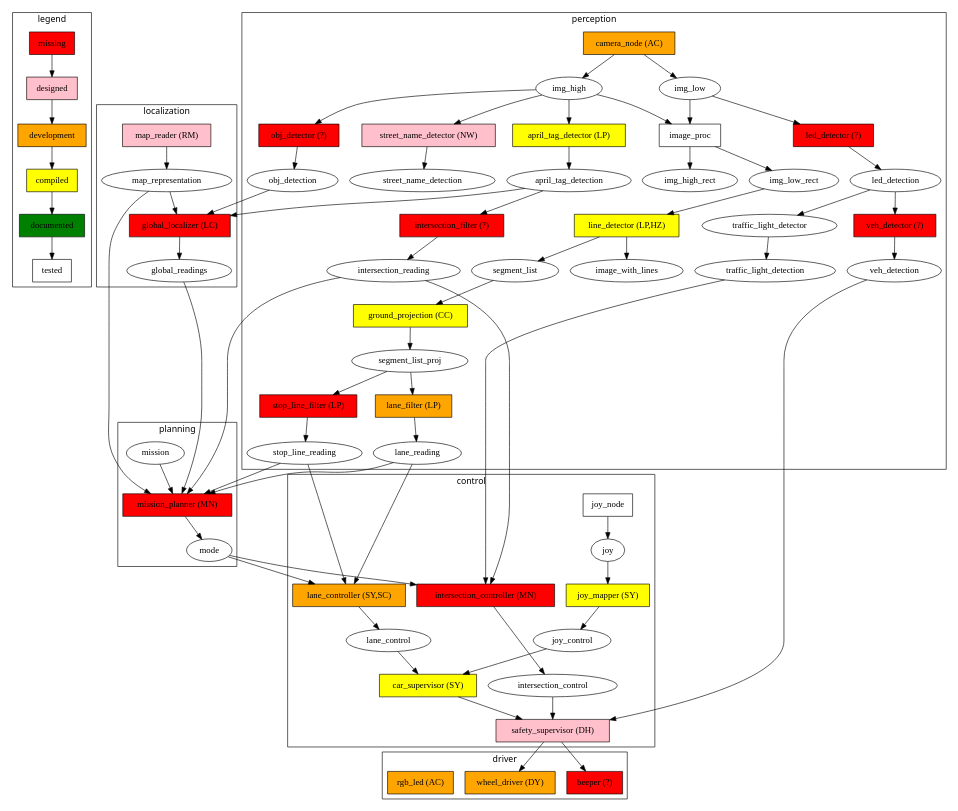
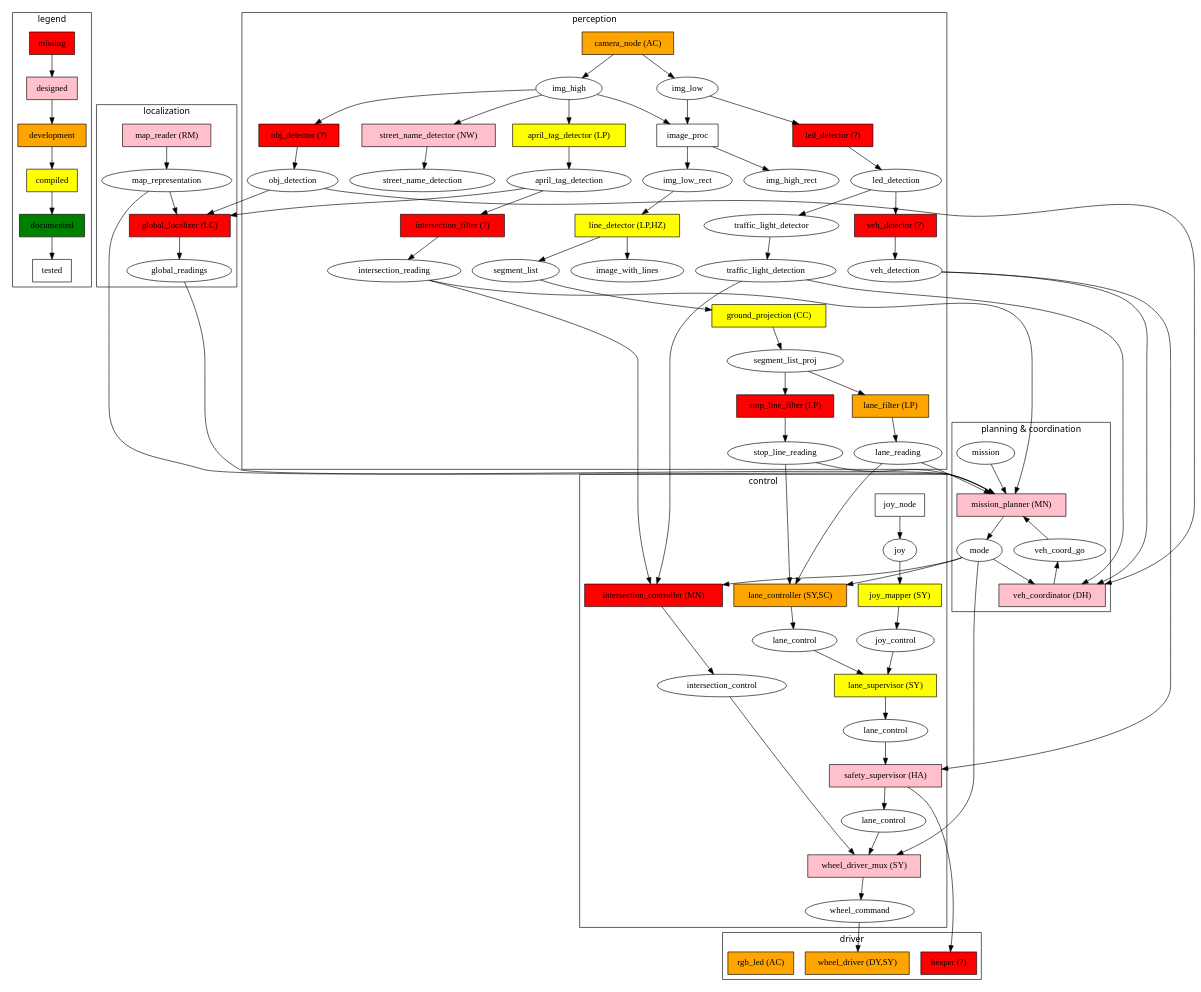
One commit to kungfrank/Knight_car changed the diagram in ros_diagram/Duckietown_ROS_Diagram.dot. Above: the diagram before and after it, drawn with Graphviz.

Commit message:
Update ROS diagram with coordination.

```diff
--- a/ros_diagram/Duckietown_ROS_Diagram.dot
+++ b/ros_diagram/Duckietown_ROS_Diagram.dot
@@ -31,19 +31,21 @@
 		stop_line_filter[label="stop_line_filter (LP)"];
 		led_detector[label="led_detector (?)"];
 		obj_detector[label="obj_detector (?)"];
-		mission_planner[label="mission_planner (MN)"];
 		beeper[label="beeper (?)"];
 		veh_detector[label="veh_detector (?)"];
 	}
 	subgraph node_designed{
 		node [fillcolor=pink];
+		mission_planner[label="mission_planner (MN)"];
 		street_name_detector[label="street_name_detector (NW)"];
-		safety_supervisor[label="safety_supervisor (DH)"];
+		safety_supervisor[label="safety_supervisor (HA)"];
 		map_reader[label="map_reader (RM)"];
+		veh_coordinator[label="veh_coordinator (DH)"]
+		wheel_driver_mux[label="wheel_driver_mux (SY)"]
 	}
 	subgraph node_development{
 		node [fillcolor=orange];
-		wheel_driver[label="wheel_driver (DY)"];
+		wheel_driver[label="wheel_driver (DY,SY)"];
 		rgb_led[label="rgb_led (AC)"];
 		camera_node[label="camera_node (AC)"];
 		lane_filter[label="lane_filter (LP)"]; 
@@ -53,7 +55,7 @@
 		node [fillcolor=yellow];
 		line_detector[label="line_detector (LP,HZ)"];
 		april_tag_detector[label="april_tag_detector (LP)"];
-		car_supervisor[label="car_supervisor (SY)"];
+		lane_supervisor[label="lane_supervisor (SY)"];
 		joy_mapper[label="joy_mapper (SY)"];
 		ground_projection[label="ground_projection (CC)"]
 	}
@@ -88,6 +90,9 @@
 	segment_list_proj;
 	image_with_lines;
 	lane_reading; //LaneReading: y, phi, sigma_y, sigma_phi, status
+	lane_control;
+	lane_control_sup[label="lane_control"];
+	lane_control_safe[label="lane_control"];
 	april_tag_detection;
 	led_detection;
 	veh_detection;
@@ -98,12 +103,13 @@
 	stop_line_reading;
 	mode;
 	mission;
-	lane_control;
 	joy_control;
 	intersection_control;
 	street_name_detection;
 	img_low_rect;
 	img_high_rect;
+	veh_coord_go;
+	wheel_command;
 
 	subgraph cluster_perception{
 		label="perception"
@@ -148,13 +154,17 @@
 		joy_mapper;
 		lane_controller;
 		intersection_controller;
-		car_supervisor;
+		lane_supervisor;
 		safety_supervisor;
+		wheel_driver_mux;
 		// Topics
 		joy_control;
 		joy;
 		lane_control;
+		lane_control_sup;
+		lane_control_safe;
 		intersection_control;
+		wheel_command;
 		{rank=same; intersection_controller;lane_controller;}
 	}
 
@@ -170,10 +180,12 @@
 	}
 
 	subgraph cluster_planning{
-		label="planning"
+		label="planning & coordination"
 		// Nodes
 		mission_planner;
+		veh_coordinator;
 		// Topics
+		veh_coord_go;
 		mission;
 		mode;
 	}
@@ -240,27 +252,43 @@
 	map_representation->mission_planner;
 	
 	joy_node->joy->joy_mapper->joy_control;
-	joy_control-> car_supervisor #[label="CarControl.msg"];
+	joy_control-> lane_supervisor #[label="CarControl.msg"];
 	lane_controller->lane_control;
-	lane_control-> car_supervisor #[label="CarControl.msg"];
-	car_supervisor->safety_supervisor #[label="CarControl.msg"];
-	safety_supervisor->wheel_driver;
+	lane_control-> lane_supervisor #[label="CarControl.msg"];
+	lane_supervisor-> lane_control_sup;
+	lane_control_sup->safety_supervisor;
+	safety_supervisor->lane_control_safe;
 	safety_supervisor->beeper;
 	
 	intersection_reading->intersection_controller;
 	intersection_reading->mission_planner;
 	traffic_light_detection->intersection_controller;
-	mode->intersection_controller;
-	mode->lane_controller;
 
 	veh_detection->safety_supervisor;
 	intersection_controller->intersection_control;
-	intersection_control->safety_supervisor;
 	global_readings->mission_planner;
 	mission_planner->mode;
 	mission->mission_planner;
 
 	segment_list->ground_projection;
 	ground_projection->segment_list_proj;
+
+	obj_detection->veh_coordinator;
+	veh_detection->veh_coordinator;
+	traffic_light_detection->veh_coordinator;
+	//veh_coord_go->mission_planner;
+	veh_coord_go->veh_coordinator [dir=back];
+	mission_planner->veh_coord_go [dir=back];
+
+	mode->veh_coordinator;
+	mode->lane_controller;
+	mode->intersection_controller;
+
+	mode->wheel_driver_mux;
+	lane_control_safe->wheel_driver_mux;
+	intersection_control->wheel_driver_mux;
+	wheel_driver_mux->wheel_command;
+	wheel_command->wheel_driver;
+
 	//TODO annotate msg type.
 }
```
